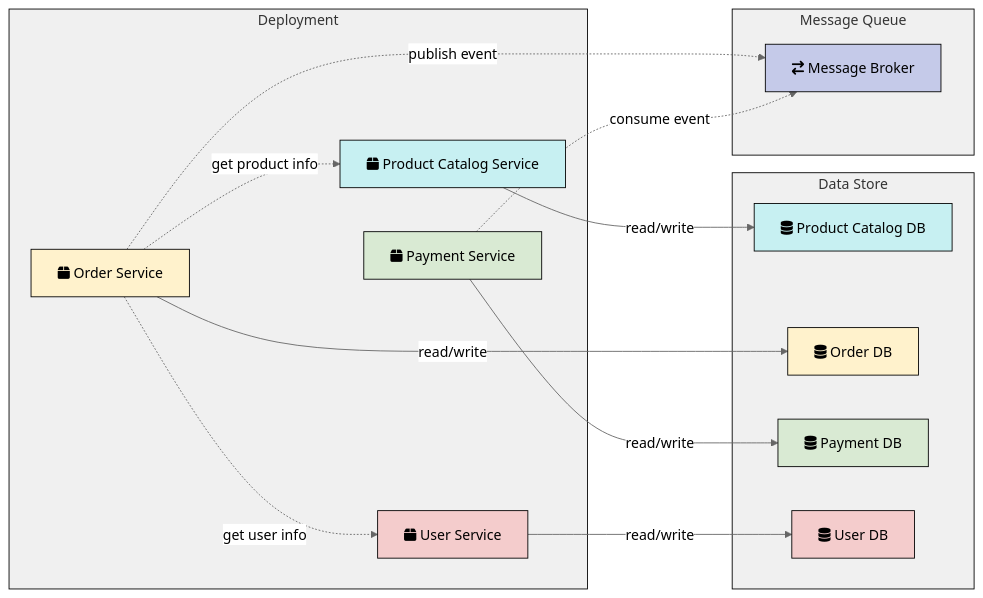
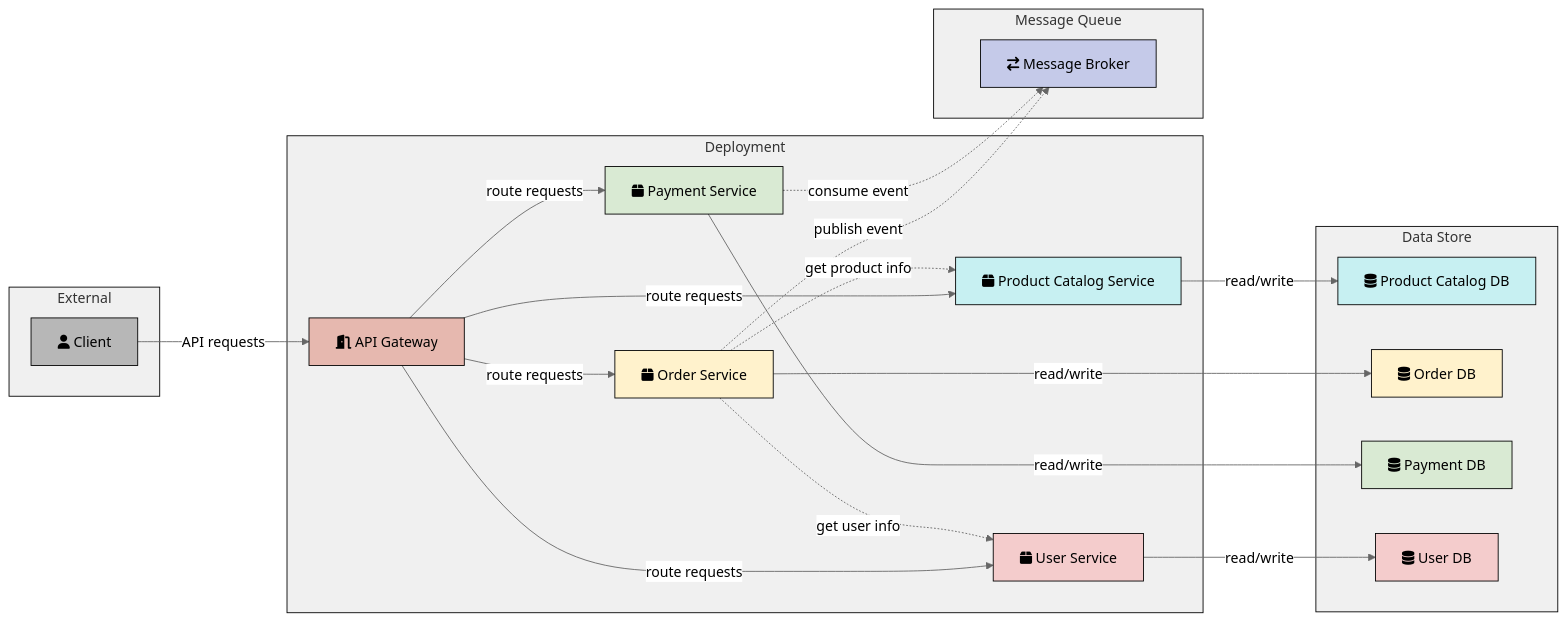
One commit to kelvin-bz/blog changed the seventh of 16 diagrams in _posts/2024-07-14-modular-monolith.md. Above: the diagram before and after it, drawn with Mermaid (neutral theme).

````diff
--- a/_posts/2024-07-14-modular-monolith.md
+++ b/_posts/2024-07-14-modular-monolith.md
@@ -135,43 +135,57 @@
 ```mermaid
 graph LR
+    subgraph external["External"]
+        client["fa:fa-user Client"]
+    end
     subgraph deployment["Deployment"]
-    productCatalogService["fa:fa-box Product Catalog Service"]
-    orderService["fa:fa-box Order Service"]
-    paymentService["fa:fa-box Payment Service"]
-    userService["fa:fa-box User Service"]
+        apiGateway["fa:fa-door-open API Gateway"]
+        productCatalogService["fa:fa-box Product Catalog Service"]
+        orderService["fa:fa-box Order Service"]
+        paymentService["fa:fa-box Payment Service"]
+        userService["fa:fa-box User Service"]
     end
 
     subgraph dataStore["Data Store"]
-    productCatalogDB["fa:fa-database Product Catalog DB"]
-    orderDB["fa:fa-database Order DB"]
-    paymentDB["fa:fa-database Payment DB"]
-    userDB["fa:fa-database User DB"]
+        productCatalogDB["fa:fa-database Product Catalog DB"]
+        orderDB["fa:fa-database Order DB"]
+        paymentDB["fa:fa-database Payment DB"]
+        userDB["fa:fa-database User DB"]
     end
 
     subgraph messageQueue["Message Queue"]
-    messageBroker["fa:fa-exchange Message Broker"]
+        messageBroker["fa:fa-exchange Message Broker"]
     end
+    
+    client -->|API requests|apiGateway
+    apiGateway -->|route requests|productCatalogService
+    apiGateway -->|route requests|orderService
+    apiGateway -->|route requests|paymentService
+    apiGateway -->|route requests|userService
 
     productCatalogService -->|read/write|productCatalogDB
     orderService -->|read/write|orderDB
     paymentService -->|read/write|paymentDB
     userService -->|read/write|userDB
 
     orderService -.->|publish event|messageBroker
     paymentService -.->|consume event|messageBroker
     orderService -.->|get user info|userService
     orderService -.->|get product info|productCatalogService
 
+    style apiGateway fill:#e6b8af,stroke:#000
     style productCatalogService fill:#c7f0f2,stroke:#000
     style orderService fill:#fff2cc,stroke:#000
     style paymentService fill:#d9ead3,stroke:#000
     style userService fill:#f4cccc,stroke:#000
     style productCatalogDB fill:#c7f0f2,stroke:#000
     style orderDB fill:#fff2cc,stroke:#000
     style paymentDB fill:#d9ead3,stroke:#000
     style userDB fill:#f4cccc,stroke:#000
     style messageBroker fill:#c5cae9,stroke:#000
     style deployment fill:#f0f0f0,stroke:#000
     style dataStore fill:#f0f0f0,stroke:#000
     style messageQueue fill:#f0f0f0,stroke:#000
+    style client fill:#b7b7b7,stroke:#000
+    style external fill:#f0f0f0,stroke:#000
+
 ```
````
